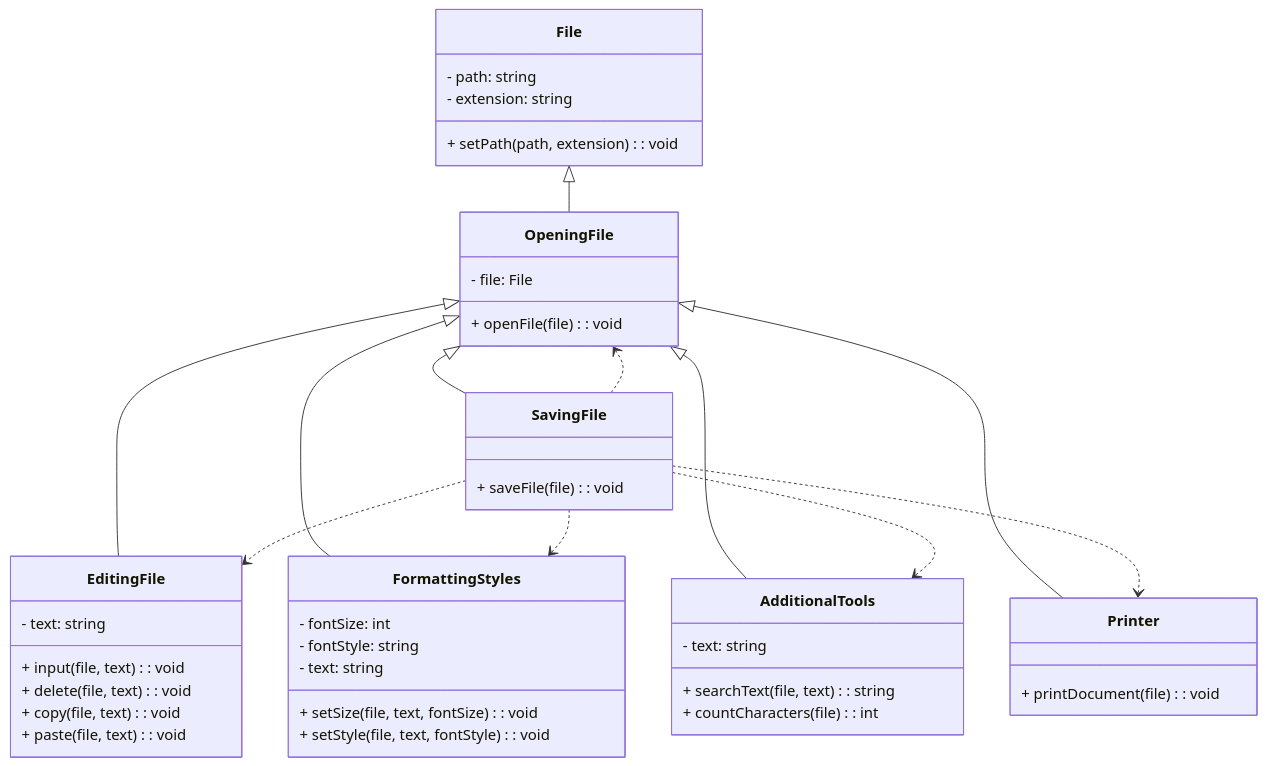
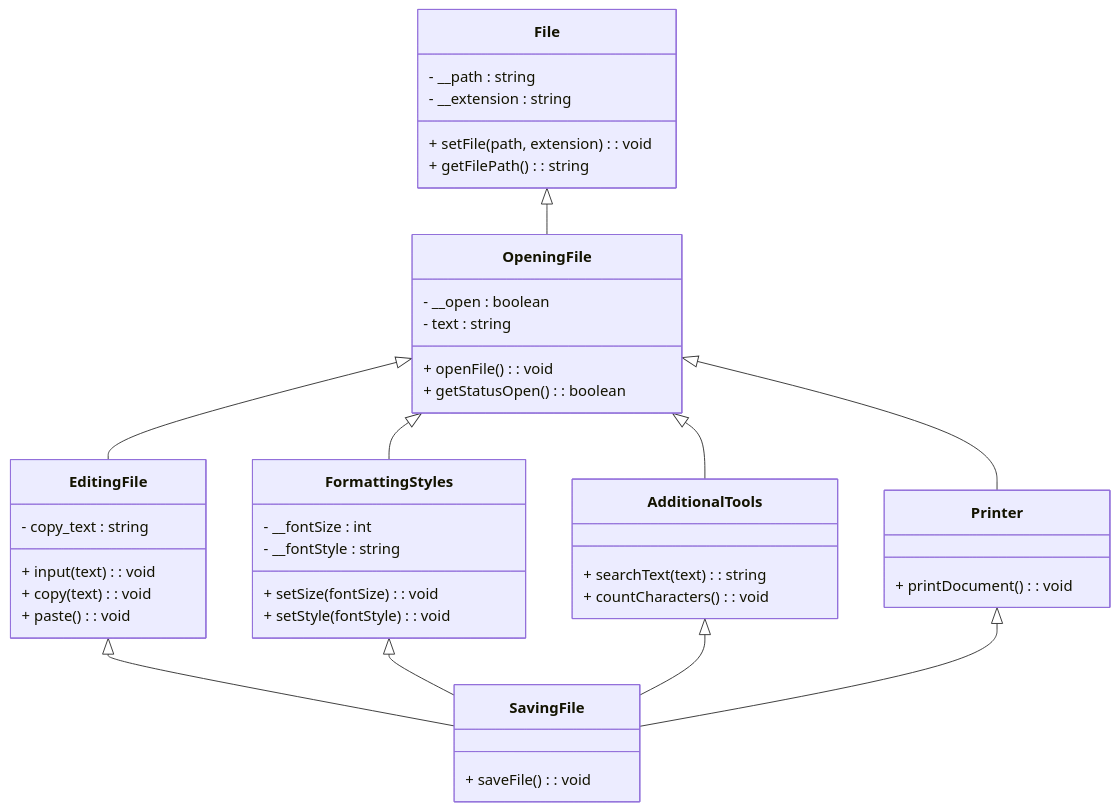
One commit to penamarth/bsbo-16-23_team5_var11_textedit changed the diagram in Документация/Модель предметной области.md. Above: the diagram before and after it, drawn with Mermaid.

Commit message:
Модель предметной области.md

````diff
--- a/Документация/Модель предметной области.md
+++ b/Документация/Модель предметной области.md
@@ -3,56 +3,52 @@
 ```mermaid
 classDiagram
-    class File {
-      - path: string
-      - extension: string
-      + setPath(path, extension): void
-    }
+  class File {
+    - __path : string
+    - __extension : string
+    + setFile(path, extension) : void
+    + getFilePath() : string
+  }
 
-    class OpeningFile {
-      - file: File
-      + openFile(file): void
-    }
+  class OpeningFile {
+    - __open : boolean
+    - text : string
+    + openFile() : void
+    + getStatusOpen() : boolean
+  }
+  File <|-- OpeningFile
 
-    class EditingFile {
-      - text: string
-      + input(file, text): void
-      + delete(file, text): void
-      + copy(file, text): void
-      + paste(file, text): void
-    }
+  class EditingFile {
+    - copy_text : string
+    + input(text) : void
+    + copy(text) : void
+    + paste() : void
+  }
+  OpeningFile <|-- EditingFile
 
-    class FormattingStyles {
-      - fontSize: int
-      - fontStyle: string
-      - text: string
-      + setSize(file, text, fontSize): void
-      + setStyle(file, text, fontStyle): void
-    }
+  class FormattingStyles {
+    - __fontSize : int
+    - __fontStyle : string
+    + setSize(fontSize) : void
+    + setStyle(fontStyle) : void
+  }
+  OpeningFile <|-- FormattingStyles
 
-    class AdditionalTools {
-      - text: string
-      + searchText(file, text): string
-      + countCharacters(file): int
-    }
+  class AdditionalTools {
+    + searchText(text) : string
+    + countCharacters() : void
+  }
+  OpeningFile <|-- AdditionalTools
 
-    class Printer {
-      + printDocument(file): void
-    }
+  class Printer {
+    + printDocument() : void
+  }
+  OpeningFile <|-- Printer
 
-    class SavingFile {
-      + saveFile(file): void
-    }
-
-    File <|-- OpeningFile
-    OpeningFile <|-- EditingFile
-    OpeningFile <|-- FormattingStyles
-    OpeningFile <|-- AdditionalTools
-    OpeningFile <|-- Printer
-    OpeningFile <|-- SavingFile
-
-    SavingFile ..> EditingFile
-    SavingFile ..> FormattingStyles
-    SavingFile ..> AdditionalTools
-    SavingFile ..> Printer
-    SavingFile ..> OpeningFile
+  class SavingFile {
+    + saveFile() : void
+  }
+  EditingFile <|-- SavingFile
+  FormattingStyles <|-- SavingFile
+  AdditionalTools <|-- SavingFile
+  Printer <|-- SavingFile
 ```
````
